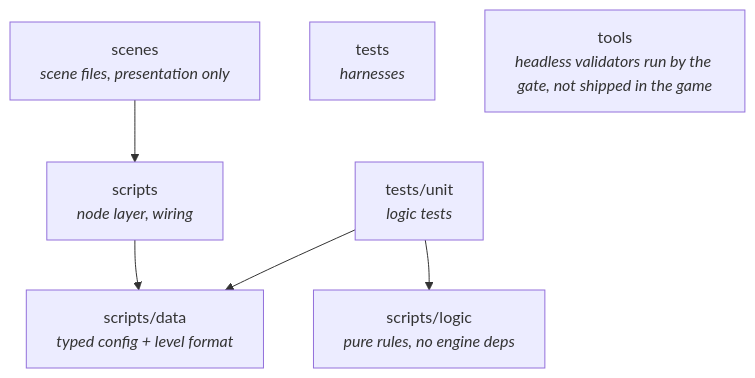
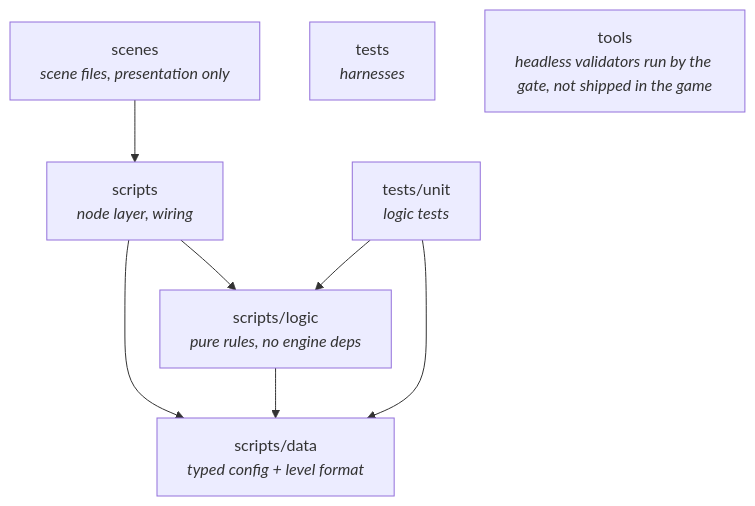
Before and after one commit to FallingReign/godot-agent-starter: the diagram in ARCHITECTURE.md, drawn with Mermaid. The commit also changed 48 other files, not shown here.

````diff
--- a/ARCHITECTURE.md
+++ b/ARCHITECTURE.md
@@ -22,15 +22,17 @@
 ```mermaid
 graph TD
     scenes["scenes<br/><i>scene files, presentation only</i>"]
     scripts["scripts<br/><i>node layer, wiring</i>"]
     scripts_data["scripts/data<br/><i>typed config + level format</i>"]
     scripts_logic["scripts/logic<br/><i>pure rules, no engine deps</i>"]
     tests["tests<br/><i>harnesses</i>"]
     tests_unit["tests/unit<br/><i>logic tests</i>"]
     tools["tools<br/><i>headless validators run by the gate, not shipped in the game</i>"]
 
     scenes --> scripts
     scripts --> scripts_data
+    scripts --> scripts_logic
+    scripts_logic --> scripts_data
     tests_unit --> scripts_data
     tests_unit --> scripts_logic
 ```
````
